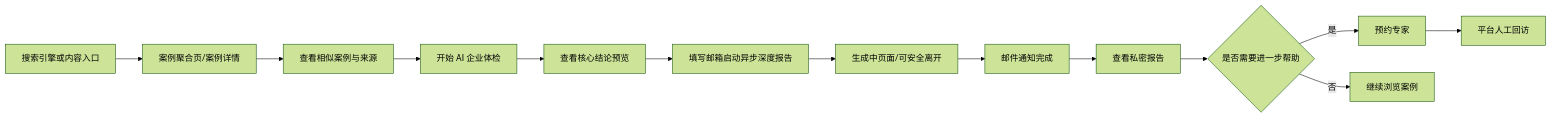
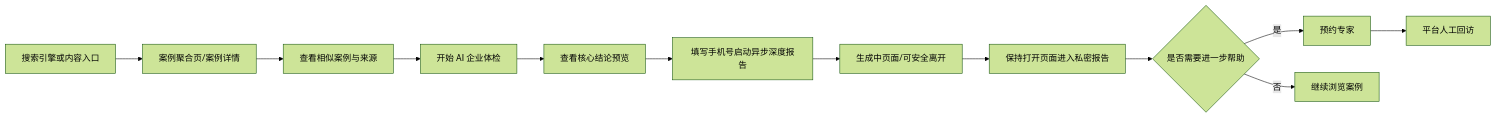
One commit to MrLing864/aianliku changed the diagram in prd/README.md. Above: the diagram before and after it, drawn with Mermaid (forest theme). The commit also changed other lines of this file and 652 other files, not shown here.

````diff
--- a/prd/README.md
+++ b/prd/README.md
@@ -52,15 +52,14 @@
 ```mermaid
 flowchart LR
     A[搜索引擎或内容入口] --> B[案例聚合页/案例详情]
     B --> C[查看相似案例与来源]
     C --> D[开始 AI 企业体检]
     D --> E[查看核心结论预览]
-    E --> F[填写邮箱启动异步深度报告]
+    E --> F[填写手机号启动异步深度报告]
     F --> G[生成中页面/可安全离开]
-    G --> H[邮件通知完成]
-    H --> I[查看私密报告]
+    G --> I[保持打开页面进入私密报告]
     I --> J{是否需要进一步帮助}
     J -- 是 --> K[预约专家]
     J -- 否 --> L[继续浏览案例]
     K --> M[平台人工回访]
 ```
````
